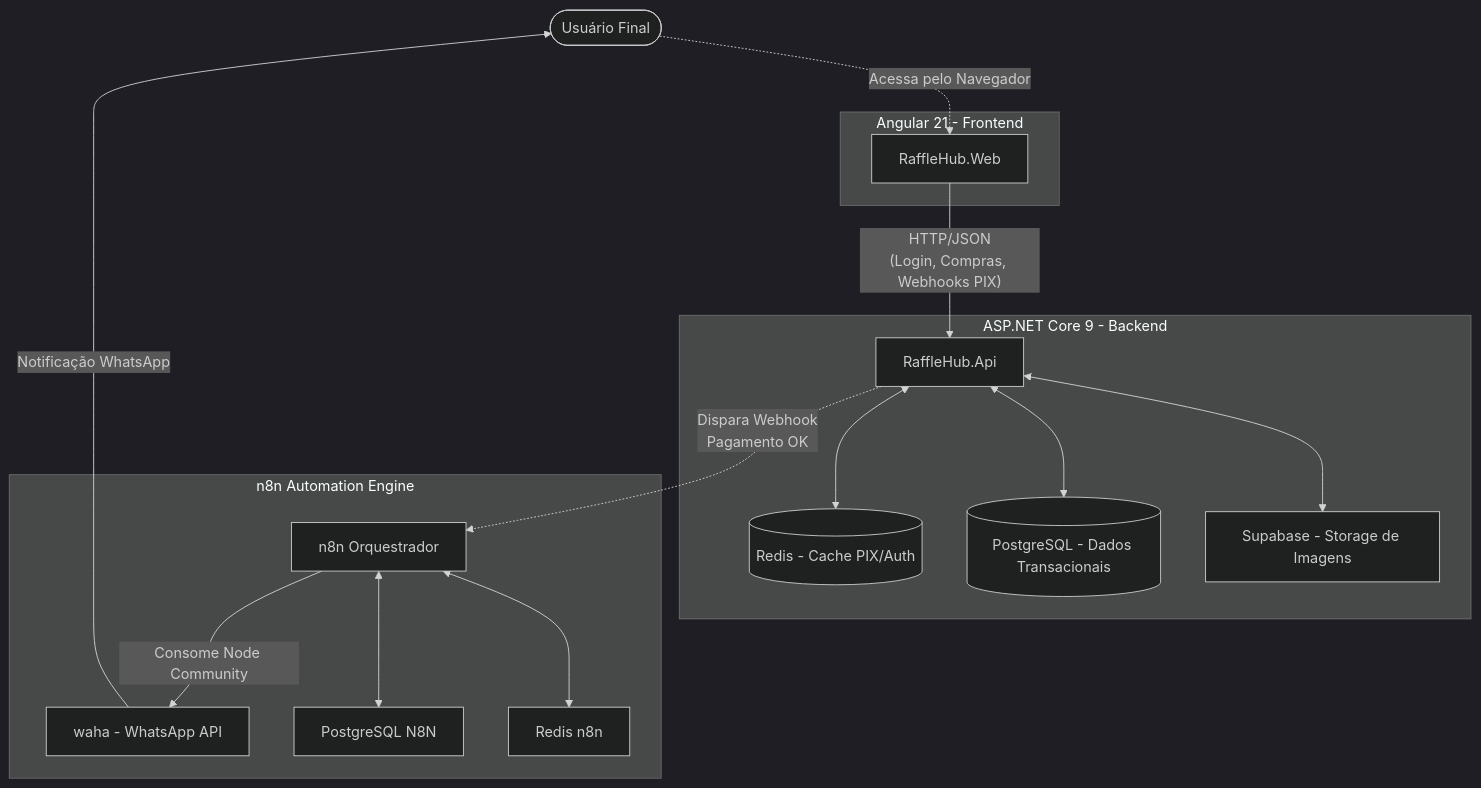
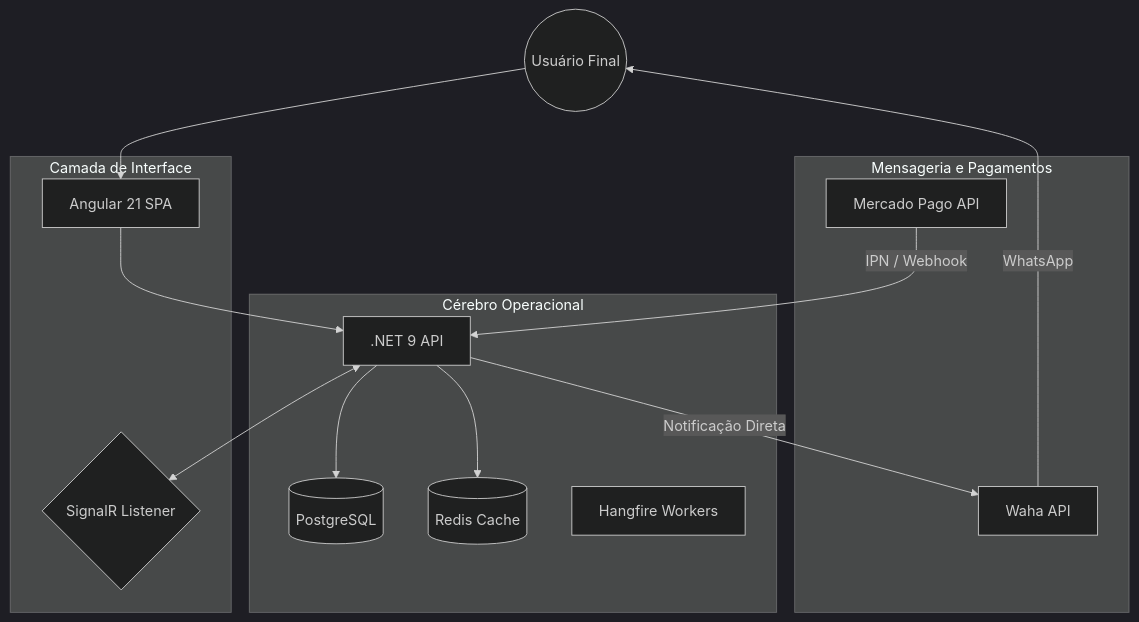
Before and after one commit to suelenmedinape/RaffleHub: the diagram in README.md, drawn with Mermaid (dark theme). The commit also changed other lines of this file and 2 other files, not shown here.

````diff
--- a/README.md
+++ b/README.md
@@ -32,35 +19,30 @@
 ```mermaid
-flowchart TD
-    User([Usuário Final]) -.-> |"Acessa pelo Navegador"| FE
+graph TD
+    User((Usuário Final))
     
-    subgraph SPA [Angular 21 - Frontend]
-        FE[RaffleHub.Web]
+    subgraph "Camada de Interface"
+        SPA[Angular 21 SPA]
+        SignalR_Client{SignalR Listener}
+    end
+    
+    subgraph "Cérebro Operacional"
+        API[.NET 9 API]
+        Postgres[(PostgreSQL)]
+        Redis[(Redis Cache)]
+        Hangfire[Hangfire Workers]
+    end
+    
+    subgraph "Mensageria e Pagamentos"
+        WAHA[Waha API]
+        MP[Mercado Pago API]
     end
 
-    subgraph API [ASP.NET Core 9 - Backend]
-        BE[RaffleHub.Api]
-        Cache[(Redis - Cache PIX/Auth)]
-        DB[(PostgreSQL - Dados Transacionais)]
-        SB[Supabase - Storage de Imagens]
-    end
-
-    subgraph Automação [n8n Automation Engine]
-        N8N[n8n Orquestrador]
-        WAHA[waha - WhatsApp API]
-        Postgres[PostgreSQL N8N]
-        RedisN8n[Redis n8n]
-    end
-    
-    FE -->|"HTTP/JSON\n(Login, Compras, Webhooks PIX)"| BE
-    BE <--> Cache
-    BE <--> DB
-    BE <--> SB
-    
-    BE -.->|"Dispara Webhook\nPagamento OK"| N8N
-    
-    N8N -->|"Consome Node Community"| WAHA
-    N8N <--> Postgres
-    N8N <--> RedisN8n
-    
-    WAHA -->|"Notificação WhatsApp"| User
+    User --> SPA
+    SPA --> API
+    API <--> SignalR_Client
+    API --> Postgres
+    API --> Redis
+    API -- "Notificação Direta" --> WAHA
+    WAHA -- "WhatsApp" --> User
+    MP -- "IPN / Webhook" --> API
 ```
````
